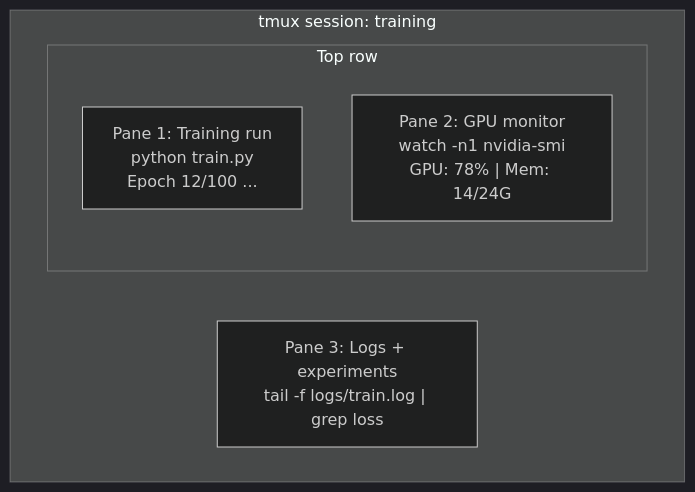
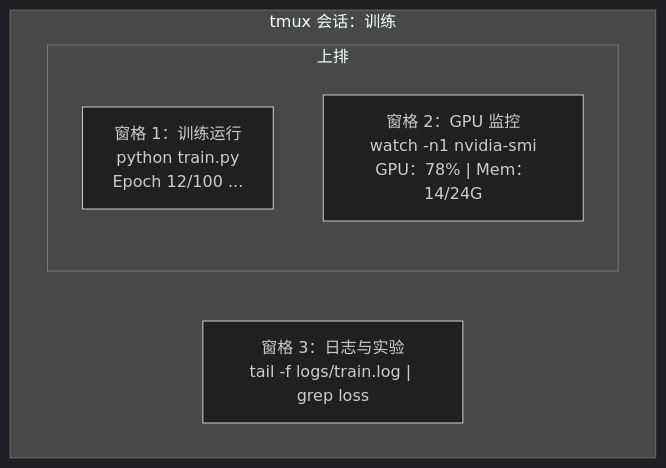
Before and after one commit to omigaZen/ai-engineering-from-scratch: the diagram in phases/00-setup-and-tooling/10-terminal-and-shell/docs/zh.md, drawn with Mermaid (dark theme). The commit also changed other lines of this file, not shown here.

````diff
--- a/phases/00-setup-and-tooling/10-terminal-and-shell/docs/zh.md
+++ b/phases/00-setup-and-tooling/10-terminal-and-shell/docs/zh.md
@@ -23,10 +23,10 @@
 ```mermaid
 graph TD
-    subgraph tmux["tmux session: training"]
-        subgraph top["Top row"]
-            P1["Pane 1: Training run<br/>python train.py<br/>Epoch 12/100 ..."]
-            P2["Pane 2: GPU monitor<br/>watch -n1 nvidia-smi<br/>GPU: 78% | Mem: 14/24G"]
+    subgraph tmux["tmux 会话：训练"]
+        subgraph top["上排"]
+            P1["窗格 1：训练运行<br/>python train.py<br/>Epoch 12/100 ..."]
+            P2["窗格 2：GPU 监控<br/>watch -n1 nvidia-smi<br/>GPU：78% | Mem：14/24G"]
         end
-        P3["Pane 3: Logs + experiments<br/>tail -f logs/train.log | grep loss"]
+        P3["窗格 3：日志与实验<br/>tail -f logs/train.log | grep loss"]
     end
 ```
````
